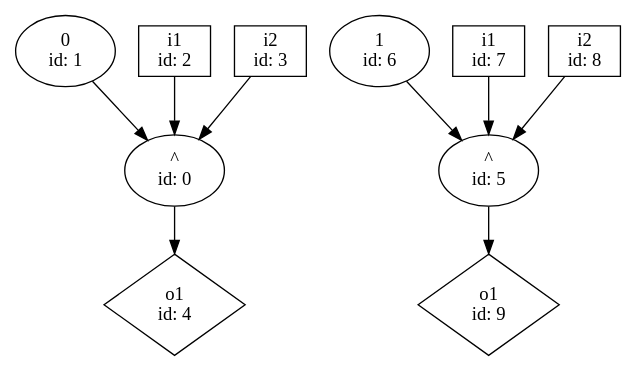
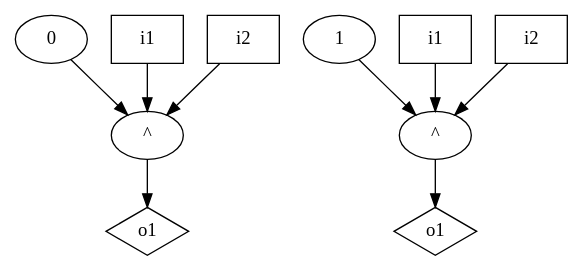
Before and after one commit to p9romain/bool-circuits: the diagram in dot_files/bool_circ/transform/xor.dot, drawn with Graphviz. The commit also changed 215 other files, not shown here.

```diff
--- a/dot_files/bool_circ/transform/xor.dot
+++ b/dot_files/bool_circ/transform/xor.dot
@@ -1,20 +1,20 @@
 digraph G {
-n0 [label="^\n id: 0"];
-n1 [label="0\n id: 1"];
-n2 [label="i1\n id: 2",shape="box"];
-n3 [label="i2\n id: 3",shape="box"];
-n4 [label="o1\n id: 4",shape="diamond"];
-n5 [label="^\n id: 5"];
-n6 [label="1\n id: 6"];
-n7 [label="i1\n id: 7",shape="box"];
-n8 [label="i2\n id: 8",shape="box"];
-n9 [label="o1\n id: 9",shape="diamond"];
+n0 [label="^"];
+n1 [label="0"];
+n2 [label="i1",shape="box"];
+n3 [label="i2",shape="box"];
+n4 [label="o1",shape="diamond"];
+n5 [label="^"];
+n6 [label="1"];
+n7 [label="i1",shape="box"];
+n8 [label="i2",shape="box"];
+n9 [label="o1",shape="diamond"];
 n0 -> n4
 n1 -> n0
 n2 -> n0
 n3 -> n0
 n5 -> n9
 n6 -> n5
 n7 -> n5
 n8 -> n5
 }
```
